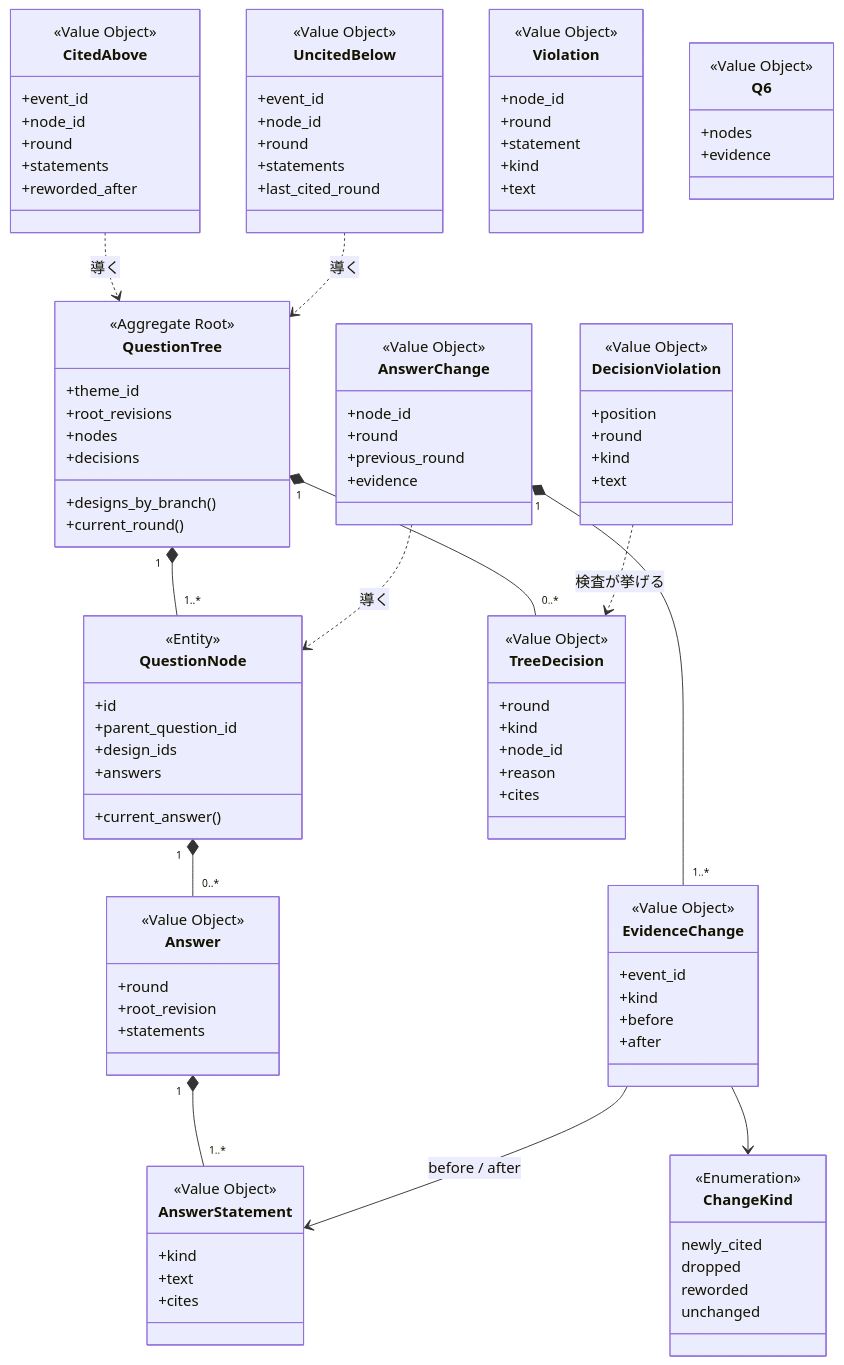
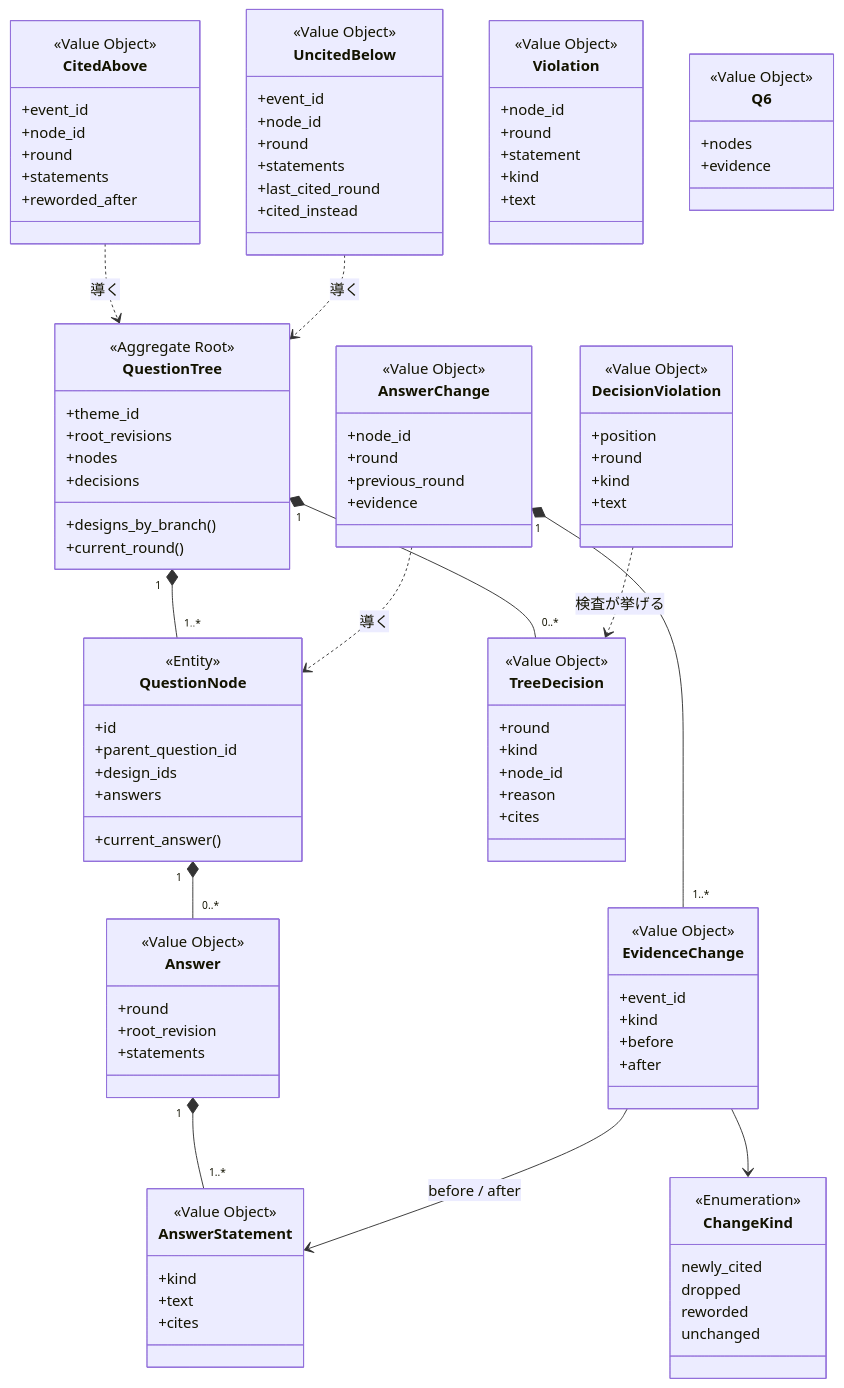
One commit to etoyama/insight-blueprint-skills changed the second of 3 diagrams in docs/design/epic-34-what-moved-the-answer.md. Above: the diagram before and after it, drawn with Mermaid. The commit also changed other lines of this file and 3 other files, not shown here.

```diff
--- a/docs/design/epic-34-what-moved-the-answer.md
+++ b/docs/design/epic-34-what-moved-the-answer.md
@@ -323,6 +343,7 @@
         +round
         +statements
         +last_cited_round
+        +cited_instead
     }
     class Violation {
         <<Value Object>>
```
